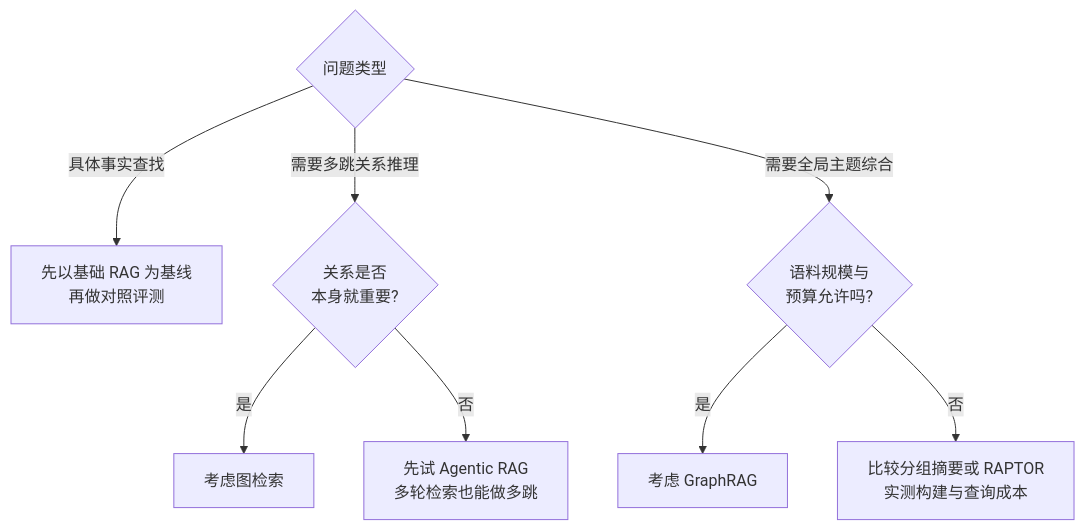
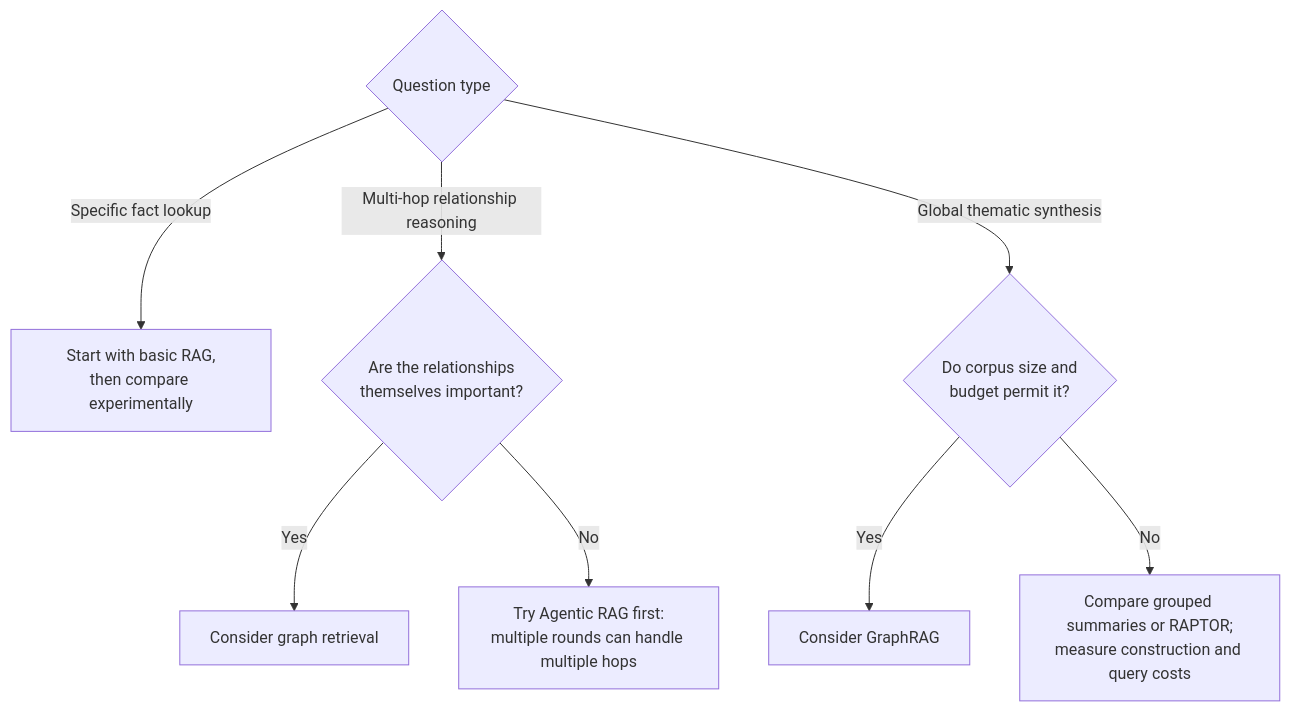
One commit to oneleaveknowsthefall/awesome-ai-roadmap changed the third of 3 diagrams in docs/rag/04-advanced/16-graphrag.md. Above: the diagram before and after it, drawn with Mermaid. The commit also changed other lines of this file and 60 other files, not shown here.

First line of the commit message:
docs(rag): migrate complete manuscript to English-first bilingual edition

````diff
--- a/docs/rag/04-advanced/16-graphrag.md
+++ b/docs/rag/04-advanced/16-graphrag.md
@@ -132,10 +132,10 @@
 ```mermaid
 flowchart TB
-    S{问题类型} -->|具体事实查找| NO[先以基础 RAG 为基线<br/>再做对照评测]
-    S -->|需要多跳关系推理| M{关系是否<br/>本身就重要?}
-    S -->|需要全局主题综合| G{语料规模与<br/>预算允许吗?}
-    M -->|是| YES1[考虑图检索]
-    M -->|否| ALT[先试 Agentic RAG<br/>多轮检索也能做多跳]
-    G -->|是| YES2[考虑 GraphRAG]
-    G -->|否| ALT2[比较分组摘要或 RAPTOR<br/>实测构建与查询成本]
+    S{Question type} -->|Specific fact lookup| NO[Start with basic RAG,<br/>then compare experimentally]
+    S -->|Multi-hop relationship reasoning| M{Are the relationships<br/>themselves important?}
+    S -->|Global thematic synthesis| G{Do corpus size and<br/>budget permit it?}
+    M -->|Yes| YES1[Consider graph retrieval]
+    M -->|No| ALT[Try Agentic RAG first:<br/>multiple rounds can handle multiple hops]
+    G -->|Yes| YES2[Consider GraphRAG]
+    G -->|No| ALT2[Compare grouped summaries or RAPTOR;<br/>measure construction and query costs]
 ```
````
